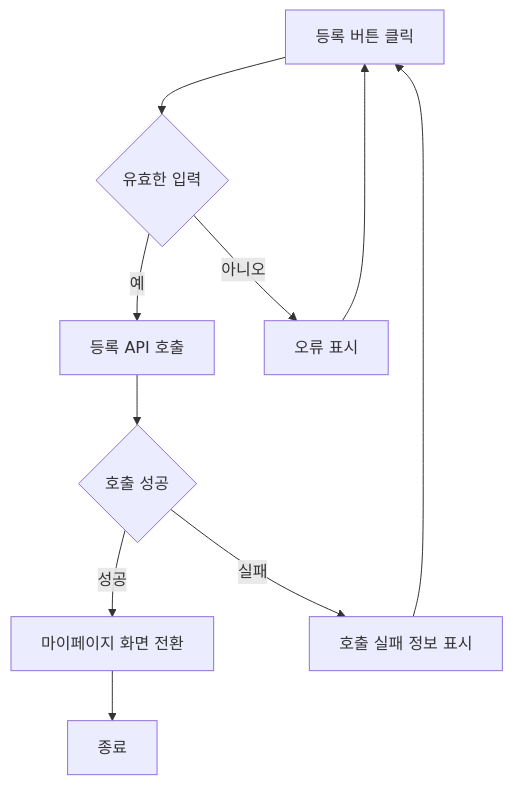
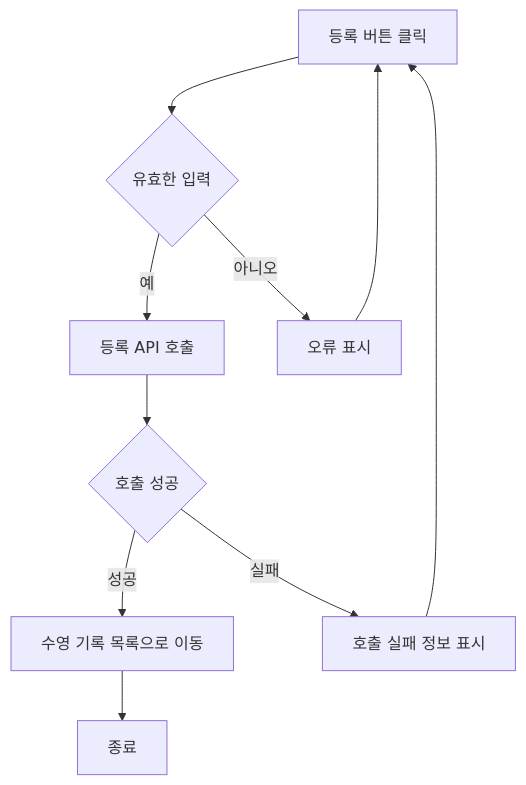
Before and after one commit to Dev-FE-2/3_swim_diary: diagram 39 of 40 in design/기능정의서.md, drawn with Mermaid. The commit also changed other lines of this file and 1 other file, not shown here.

````diff
--- a/design/기능정의서.md
+++ b/design/기능정의서.md
@@ -565,13 +927,12 @@
     ```mermaid
-    
-    flowchart TD
-        A[등록 버튼 클릭] --> B[입력 항목 유효성 검증]
-        B{유효한 입력} -- 예 --> C[등록 API 호출]
-        B{유효한 입력} -- 아니오 --> D[오류 표시]
-        D --> A
-        C --> E{호출 성공}
-        E -- 성공 --> F[마이페이지 화면 전환]
-        E -- 실패 --> H[호출 실패 정보 표시]
-        H --> A
-        F --> Z[종료]
+        flowchart TD
+            A[등록 버튼 클릭] --> B[입력 항목 유효성 검증]
+            B{유효한 입력} -- 예 --> C[등록 API 호출]
+            B{유효한 입력} -- 아니오 --> D[오류 표시]
+            D --> A
+            C --> E{호출 성공}
+            E -- 성공 --> F[수영 기록 목록으로 이동]
+            E -- 실패 --> H[호출 실패 정보 표시]
+            H --> A
+            F --> Z[종료]
     ```
````
